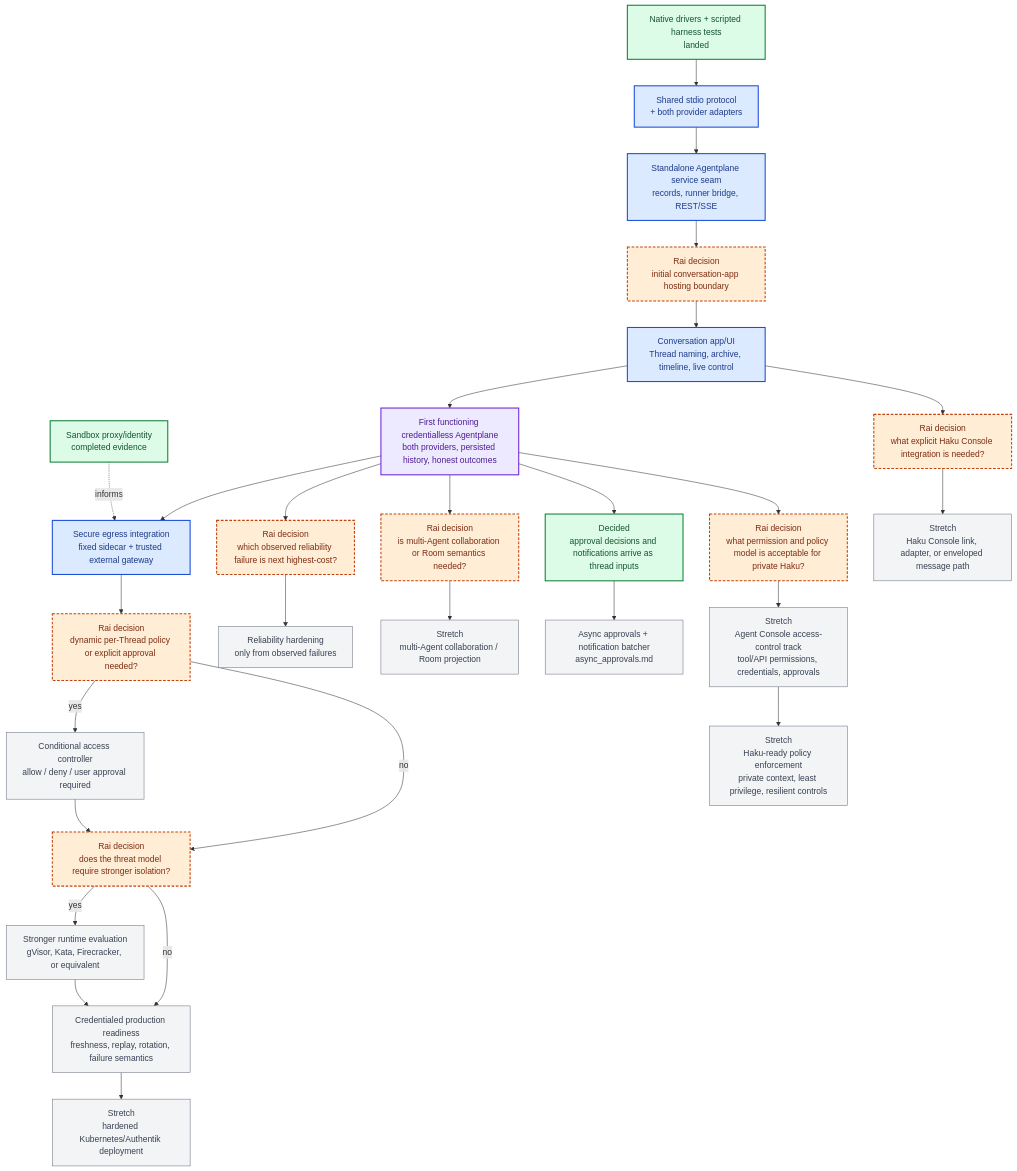
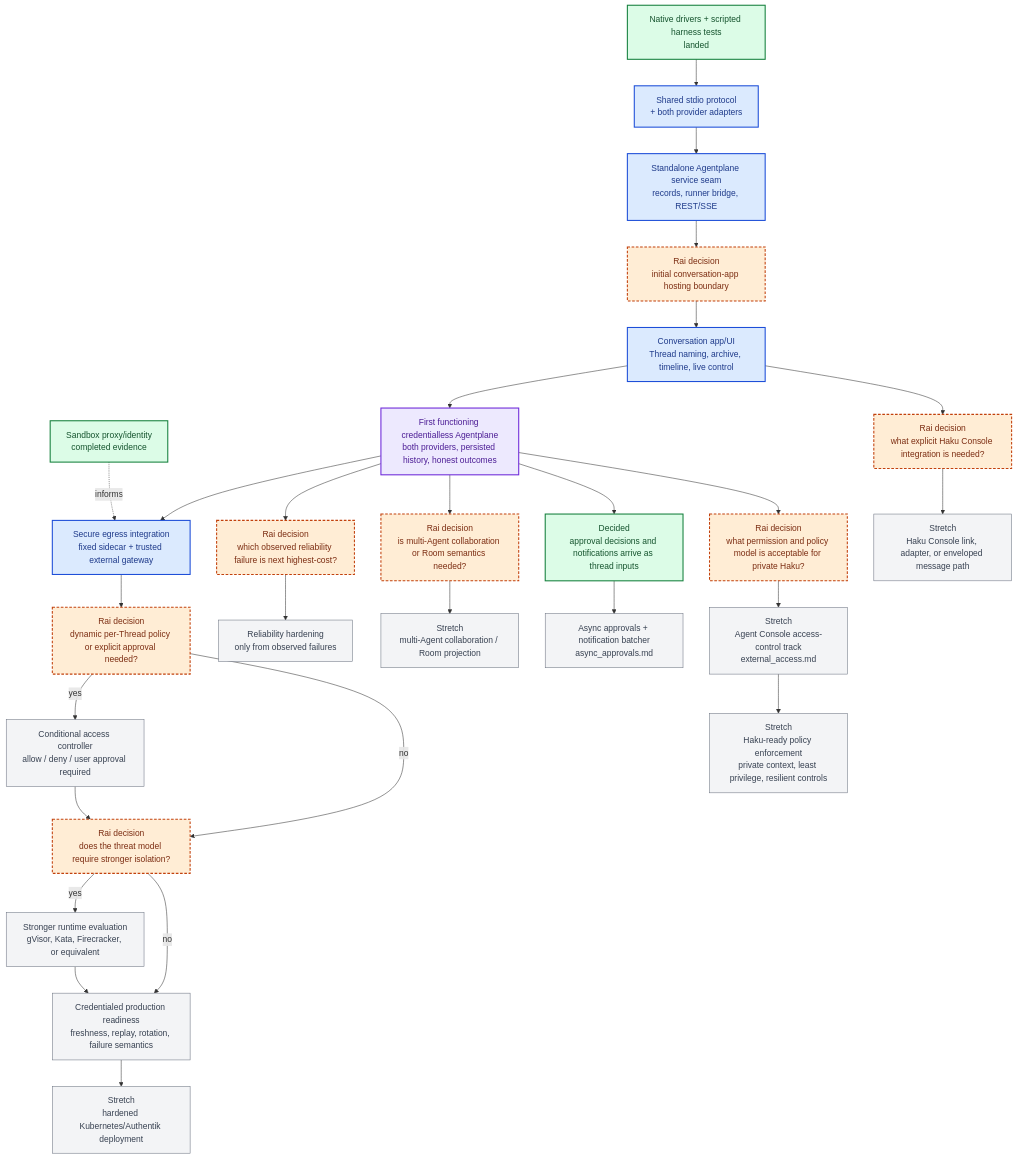
The diagram in x/agentplane/plans/task_dag.md (agentydragon/ducktape), drawn with Mermaid before and after one commit. The commit also changed other lines of this file and 3 other files, not shown here.

First line of the commit message:
agentplane: record delegated versus brokered external access

````diff
--- a/x/agentplane/plans/task_dag.md
+++ b/x/agentplane/plans/task_dag.md
@@ -31,51 +31,51 @@
 ```mermaid
 flowchart TB
     classDef completed fill:#dcfce7,stroke:#15803d,color:#14532d,stroke-width:2px
     classDef next fill:#dbeafe,stroke:#1d4ed8,color:#1e3a8a,stroke-width:2px
     classDef milestone fill:#ede9fe,stroke:#6d28d9,color:#4c1d95,stroke-width:2px
     classDef decision fill:#ffedd5,stroke:#c2410c,color:#7c2d12,stroke-width:2px,stroke-dasharray:5 3
     classDef future fill:#f3f4f6,stroke:#6b7280,color:#374151
 
     S0["Sandbox proxy/identity<br/>completed evidence"]:::completed
     A["Native drivers + scripted harness tests<br/>landed"]:::completed
     B["Shared stdio protocol<br/>+ both provider adapters"]:::next
     C["Standalone Agentplane service seam<br/>records, runner bridge, REST/SSE"]:::next
     D["Rai decision<br/>initial conversation-app hosting boundary"]:::decision
     E["Conversation app/UI<br/>Thread naming, archive, timeline, live control"]:::next
     F["First functioning credentialless Agentplane<br/>both providers, persisted history, honest outcomes"]:::milestone
 
     J["Secure egress integration<br/>fixed sidecar + trusted external gateway"]:::next
     P["Rai decision<br/>dynamic per-Thread policy or explicit approval needed?"]:::decision
     K["Conditional access controller<br/>allow / deny / user approval required"]:::future
     R["Rai decision<br/>does the threat model require stronger isolation?"]:::decision
     L["Credentialed production readiness<br/>freshness, replay, rotation, failure semantics"]:::future
     V["Stronger runtime evaluation<br/>gVisor, Kata, Firecracker, or equivalent"]:::future
 
     Q["Rai decision<br/>which observed reliability failure is next highest-cost?"]:::decision
     M["Reliability hardening<br/>only from observed failures"]:::future
 
     H["Rai decision<br/>is multi-Agent collaboration or Room semantics needed?"]:::decision
     N["Stretch<br/>multi-Agent collaboration / Room projection"]:::future
     X["Decided<br/>approval decisions and notifications arrive as thread inputs"]:::completed
     Y["Async approvals + notification batcher<br/>async_approvals.md"]:::future
     Z["Rai decision<br/>what explicit Haku Console integration is needed?"]:::decision
     U["Stretch<br/>Haku Console link, adapter, or enveloped message path"]:::future
     AA["Rai decision<br/>what permission and policy model is acceptable for private Haku?"]:::decision
-    AB["Stretch<br/>Agent Console access-control track<br/>tool/API permissions, credentials, approvals"]:::future
+    AB["Stretch<br/>Agent Console access-control track<br/>external_access.md"]:::future
     AC["Stretch<br/>Haku-ready policy enforcement<br/>private context, least privilege, resilient controls"]:::future
     W["Stretch<br/>hardened Kubernetes/Authentik deployment"]:::future
 
     A --> B --> C --> D --> E --> F
     F --> J --> P
     P -->|yes| K --> R
     P -->|no| R
     R -->|yes| V --> L
     R -->|no| L
     F --> Q --> M
     F --> H --> N
     F --> X --> Y
     E --> Z --> U
     F --> AA --> AB --> AC
     L --> W
     S0 -. informs .-> J
 ```
````
